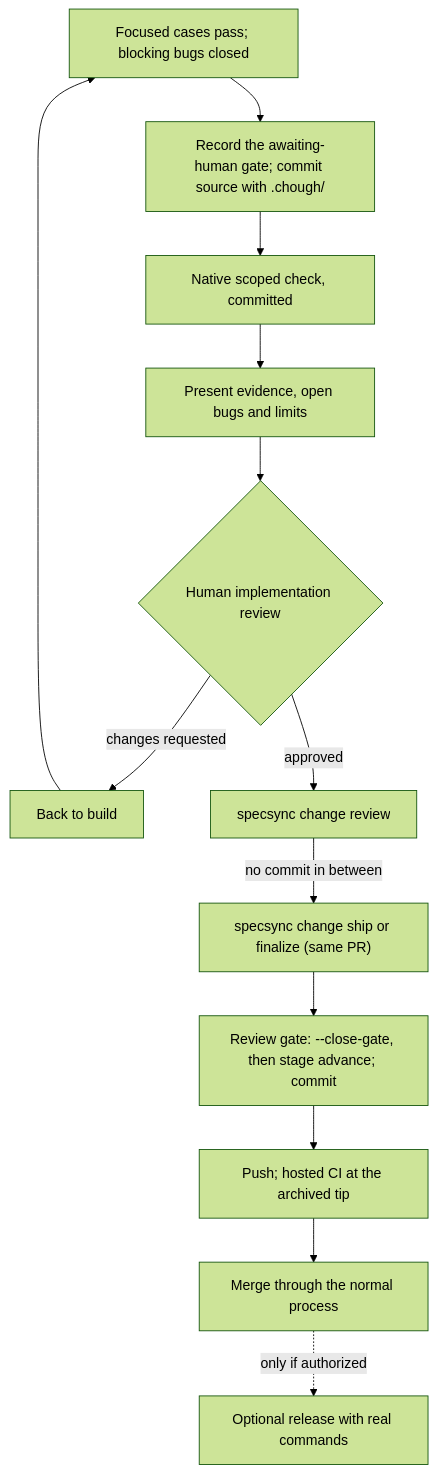
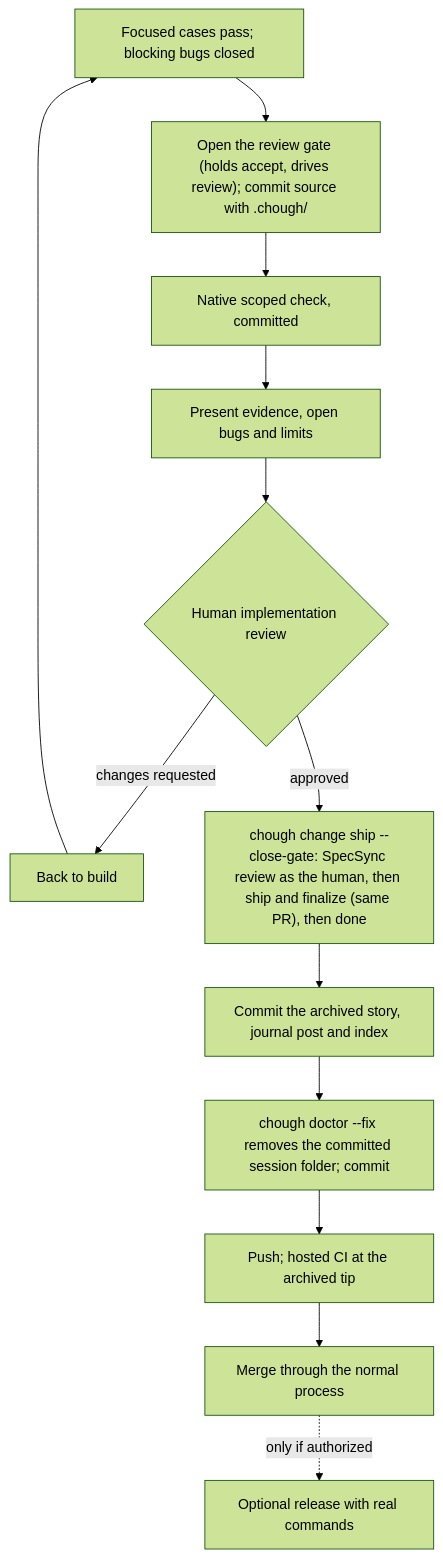
One commit to CorvidLabs/chough changed the diagram in docs/diagrams/lifecycle.mmd. Above: the diagram before and after it, drawn with Mermaid (forest theme). The commit also changed 10 other files, not shown here.

First line of the commit message:
Update: architecture, FRD, lifecycle, walkthrough, decisions, integrations and the test plan for 0.6.0

```diff
--- a/docs/diagrams/lifecycle.mmd
+++ b/docs/diagrams/lifecycle.mmd
@@ -1,13 +1,13 @@
 flowchart TB
-    tests["Focused cases pass; blocking bugs closed"] --> gate["Record the awaiting-human gate; commit source with .chough/"]
+    tests["Focused cases pass; blocking bugs closed"] --> gate["Open the review gate (holds accept, drives review); commit source with .chough/"]
     gate --> check["Native scoped check, committed"]
     check --> present["Present evidence, open bugs and limits"]
     present --> human{"Human implementation review"}
     human -->|"changes requested"| build["Back to build"]
     build --> tests
-    human -->|"approved"| review["specsync change review"]
-    review -->|"no commit in between"| ship["specsync change ship or finalize (same PR)"]
-    ship --> archive["Review gate: --close-gate, then stage advance; commit"]
-    archive --> push["Push; hosted CI at the archived tip"]
+    human -->|"approved"| ship["chough change ship --close-gate: SpecSync review as the human, then ship and finalize (same PR), then done"]
+    ship --> story["Commit the archived story, journal post and index"]
+    story --> cleanup["chough doctor --fix removes the committed session folder; commit"]
+    cleanup --> push["Push; hosted CI at the archived tip"]
     push --> merge["Merge through the normal process"]
     merge -. "only if authorized" .-> release["Optional release with real commands"]
```
